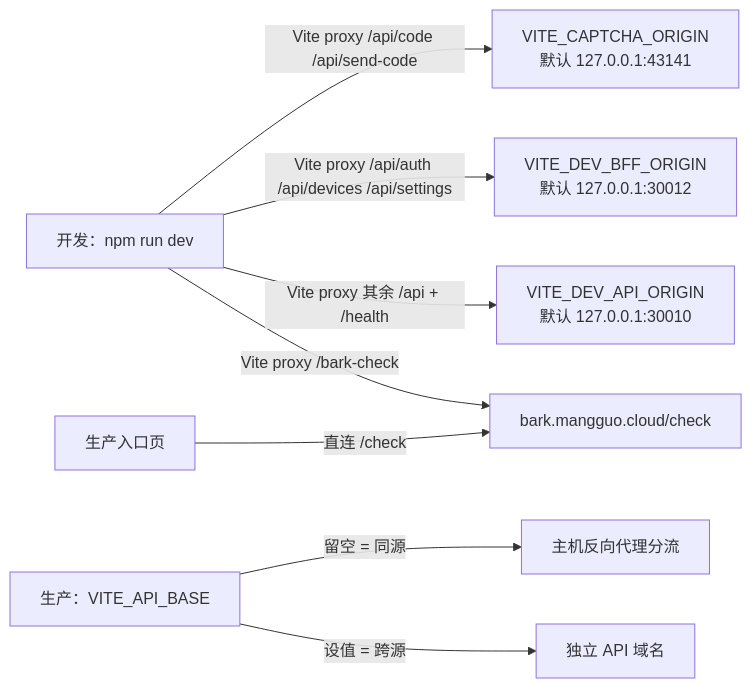
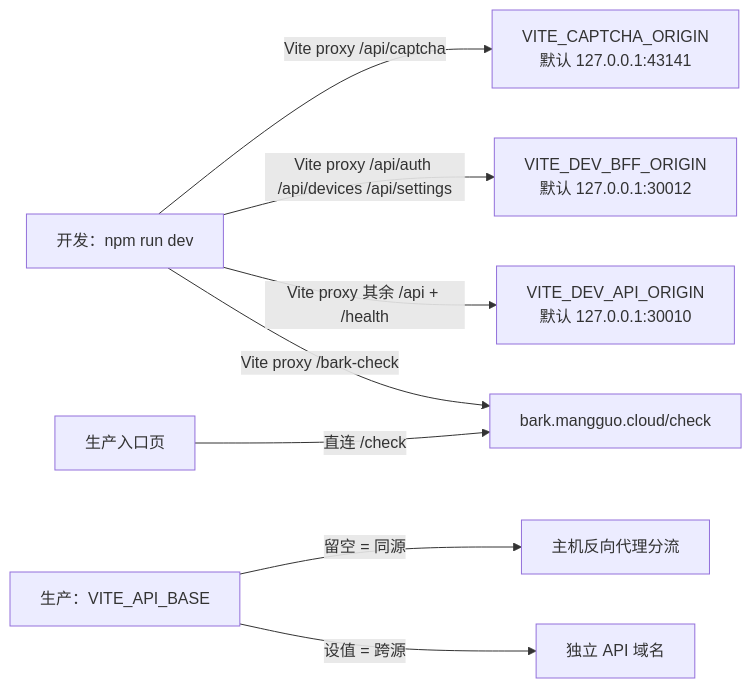
Before and after one commit to luyi2008/disaster-alert-web: the seventh of 8 diagrams in docs/architecture.md, drawn with Mermaid. The commit also changed other lines of this file and 9 other files, not shown here.

First line of the commit message:
fix: point login captcha at /api/captcha and /api/captcha/verify (#36)

````diff
--- a/docs/architecture.md
+++ b/docs/architecture.md
@@ -309,10 +309,10 @@
 ```mermaid
 graph LR
-    Dev["开发：npm run dev"] -->|"Vite proxy /api/code /api/send-code"| DevCaptcha["VITE_CAPTCHA_ORIGIN<br/>默认 127.0.0.1:43141"]
+    Dev["开发：npm run dev"] -->|"Vite proxy /api/captcha"| DevCaptcha["VITE_CAPTCHA_ORIGIN<br/>默认 127.0.0.1:43141"]
     Dev -->|"Vite proxy /api/auth /api/devices /api/settings"| DevBFF["VITE_DEV_BFF_ORIGIN<br/>默认 127.0.0.1:30012"]
     Dev -->|"Vite proxy 其余 /api + /health"| DevAPI["VITE_DEV_API_ORIGIN<br/>默认 127.0.0.1:30010"]
     Dev -->|"Vite proxy /bark-check"| BarkCheck["bark.mangguo.cloud/check"]
     Prod["生产：VITE_API_BASE"] -->|"留空 = 同源"| Reverse["主机反向代理分流"]
     Prod -->|"设值 = 跨源"| Cross["独立 API 域名"]
     ProdEntry["生产入口页"] -->|"直连 /check"| BarkCheck
 ```
````
